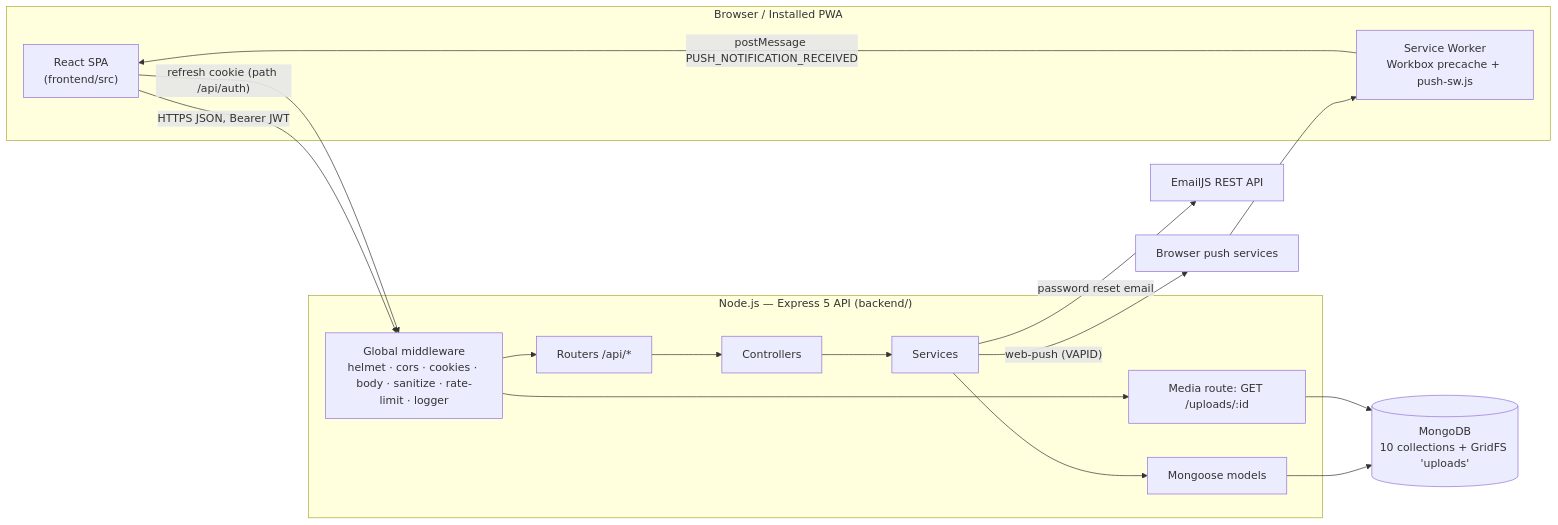
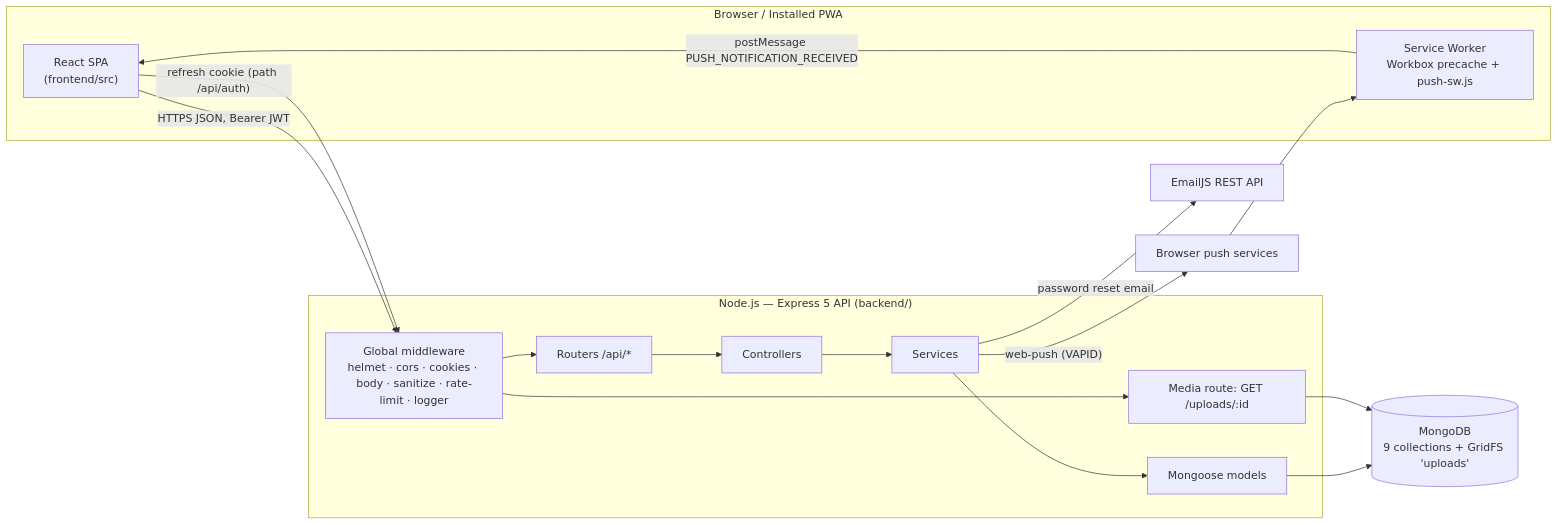
The diagram in docs/system-spec/01-architecture-and-layers.md (yaronserlin/FixFleet), drawn with Mermaid before and after one commit. The commit also changed other lines of this file and 71 other files, not shown here.

````diff
--- a/docs/system-spec/01-architecture-and-layers.md
+++ b/docs/system-spec/01-architecture-and-layers.md
@@ -19,26 +19,26 @@
 ```mermaid
 flowchart LR
     subgraph Client["Browser / Installed PWA"]
         SPA["React SPA<br/>(frontend/src)"]
         SW["Service Worker<br/>Workbox precache + push-sw.js"]
     end
     subgraph Server["Node.js — Express 5 API (backend/)"]
         MW["Global middleware<br/>helmet · cors · cookies · body · sanitize · rate-limit · logger"]
         R["Routers /api/*"]
         C["Controllers"]
         S["Services"]
         M["Mongoose models"]
         U["Media route: GET /uploads/:id"]
     end
-    DB[("MongoDB<br/>10 collections + GridFS 'uploads'")]
+    DB[("MongoDB<br/>9 collections + GridFS 'uploads'")]
     MAIL["EmailJS REST API"]
     PUSH["Browser push services"]
 
     SPA -- "HTTPS JSON, Bearer JWT" --> MW
     SPA -- "refresh cookie (path /api/auth)" --> MW
     MW --> R --> C --> S --> M --> DB
     MW --> U --> DB
     S -- "password reset email" --> MAIL
     S -- "web-push (VAPID)" --> PUSH --> SW
     SW -- "postMessage PUSH_NOTIFICATION_RECEIVED" --> SPA
 ```
````
